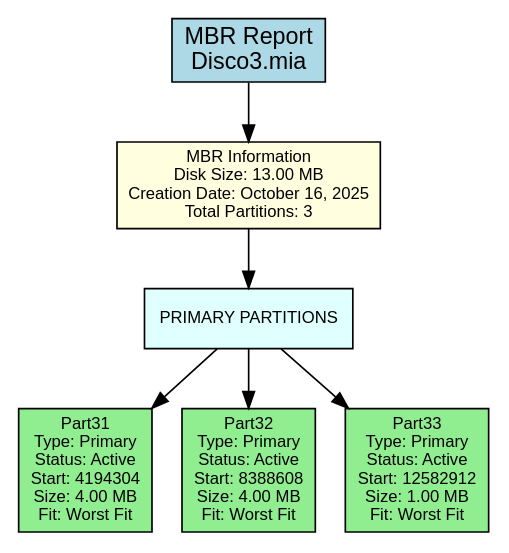
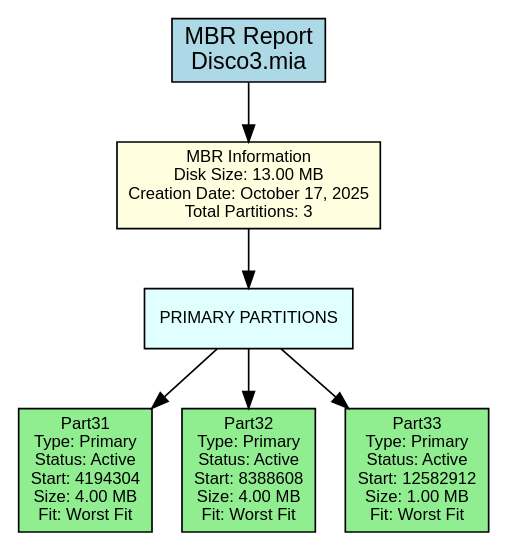
Before and after one commit to DiegVas/MIA_2S2025_P2_202300638: the diagram in backend/provider/reports/src/mbr_382B.dot, drawn with Graphviz. The commit also changed 14 other files, not shown here.

```diff
--- a/backend/provider/reports/src/mbr_382B.dot
+++ b/backend/provider/reports/src/mbr_382B.dot
@@ -1,22 +1,22 @@
 digraph MBR_Report {
     rankdir=TB;
     node [shape=box, style=filled];
     graph [fontname="Arial", fontsize=12];
     node [fontname="Arial", fontsize=10];
     edge [fontname="Arial"];
 
     title [label="MBR Report\nDisco3.mia", fillcolor=lightblue, fontsize=14];
 
-    mbr_info [label="MBR Information\nDisk Size: 13.00 MB\nCreation Date: October 16, 2025\nTotal Partitions: 3", fillcolor=lightyellow];
+    mbr_info [label="MBR Information\nDisk Size: 13.00 MB\nCreation Date: October 17, 2025\nTotal Partitions: 3", fillcolor=lightyellow];
 
     primary_section [label="PRIMARY PARTITIONS", shape=box, style=filled, fillcolor=lightcyan];
     primary_0 [label="Part31\nType: Primary\nStatus: Active\nStart: 4194304\nSize: 4.00 MB\nFit: Worst Fit", fillcolor=lightgreen];
     primary_section -> primary_0;
     primary_1 [label="Part32\nType: Primary\nStatus: Active\nStart: 8388608\nSize: 4.00 MB\nFit: Worst Fit", fillcolor=lightgreen];
     primary_section -> primary_1;
     primary_2 [label="Part33\nType: Primary\nStatus: Active\nStart: 12582912\nSize: 1.00 MB\nFit: Worst Fit", fillcolor=lightgreen];
     primary_section -> primary_2;
 
     title -> mbr_info;
     mbr_info -> primary_section;
 }
```
